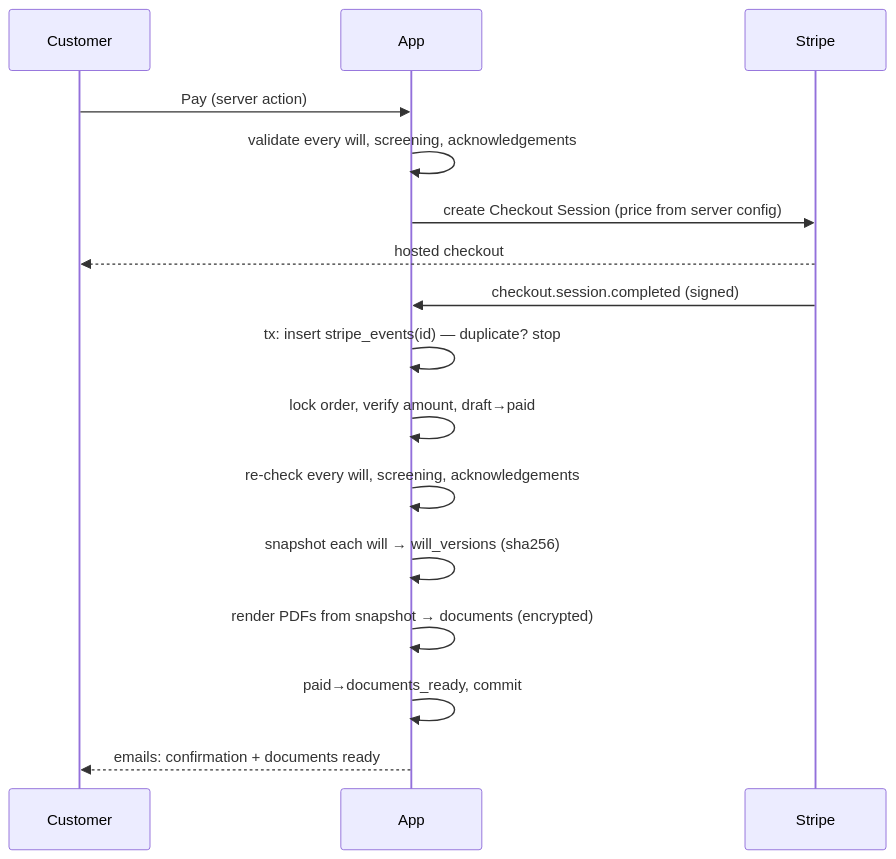
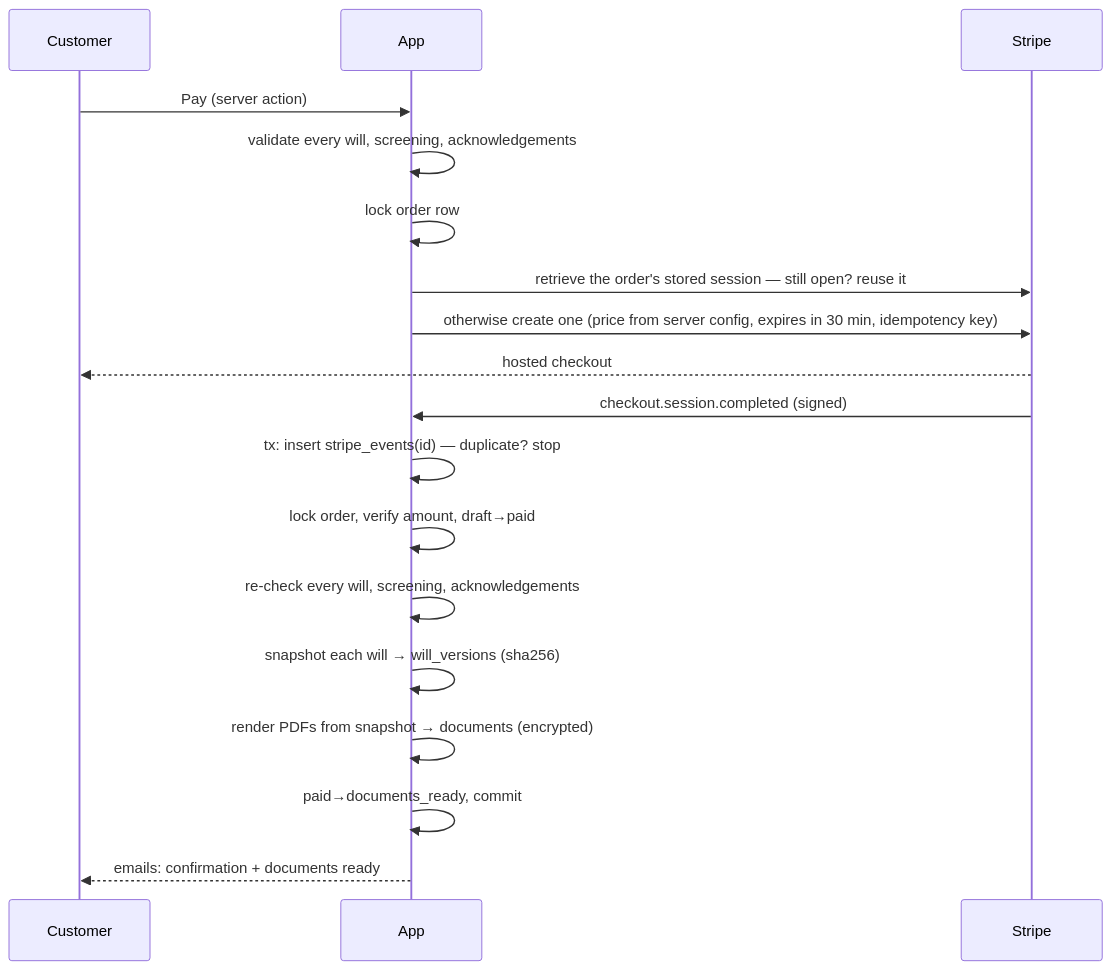
The diagram in docs/ARCHITECTURE.md (SyedMuhammadghazi1/simple-will-estate), drawn with Mermaid before and after one commit. The commit also changed other lines of this file and 11 other files, not shown here.

First line of the commit message:
Keep one Stripe Checkout Session per order to prevent double charges

````diff
--- a/docs/ARCHITECTURE.md
+++ b/docs/ARCHITECTURE.md
@@ -69,18 +69,20 @@
 ```mermaid
 sequenceDiagram
   participant C as Customer
   participant A as App
   participant S as Stripe
   C->>A: Pay (server action)
   A->>A: validate every will, screening, acknowledgements
-  A->>S: create Checkout Session (price from server config)
+  A->>A: lock order row
+  A->>S: retrieve the order's stored session — still open? reuse it
+  A->>S: otherwise create one (price from server config, expires in 30 min, idempotency key)
   S-->>C: hosted checkout
   S->>A: checkout.session.completed (signed)
   A->>A: tx: insert stripe_events(id) — duplicate? stop
   A->>A: lock order, verify amount, draft→paid
   A->>A: re-check every will, screening, acknowledgements
   A->>A: snapshot each will → will_versions (sha256)
   A->>A: render PDFs from snapshot → documents (encrypted)
   A->>A: paid→documents_ready, commit
   A-->>C: emails: confirmation + documents ready
 ```
````
